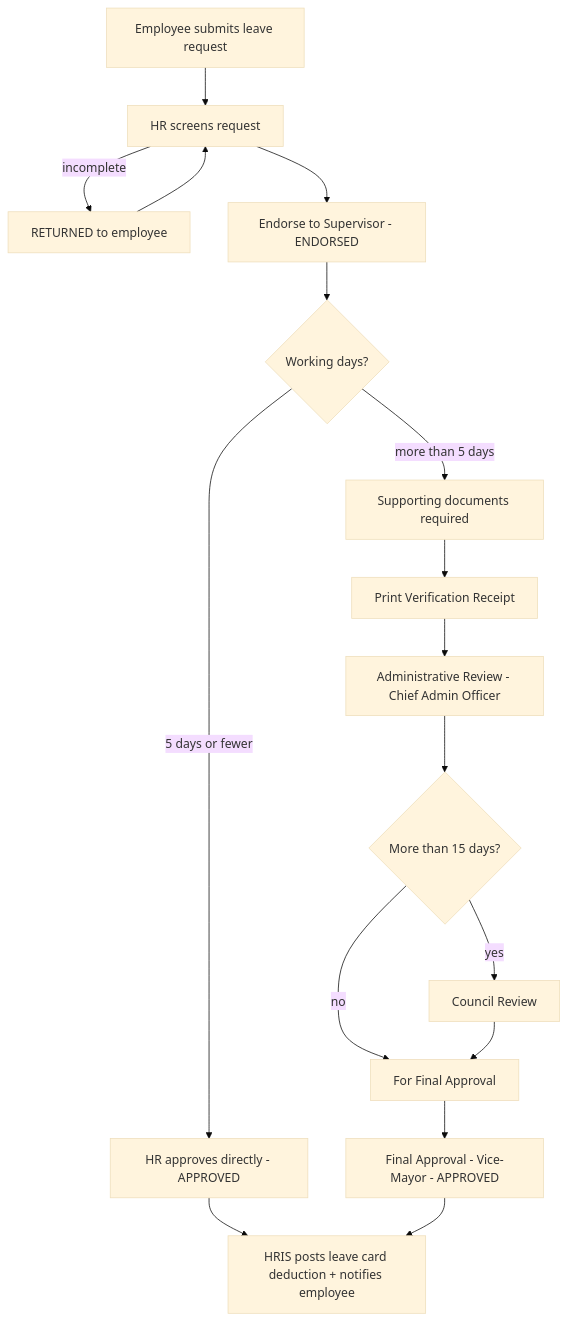
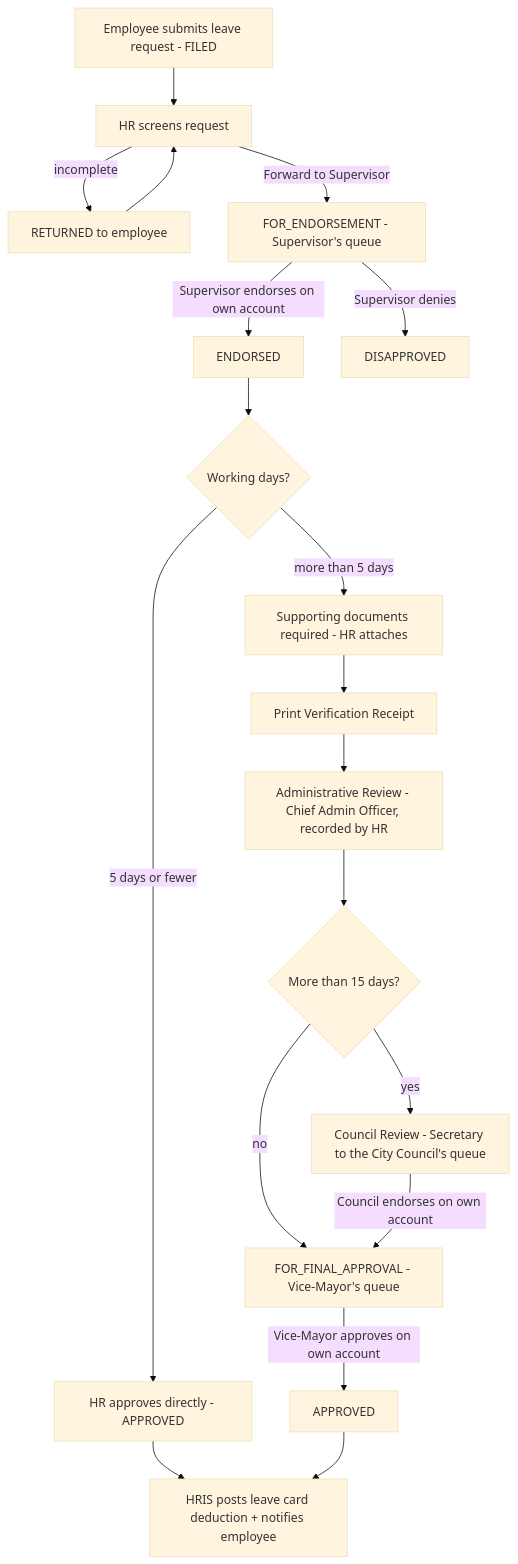
Before and after one commit to olseatech/HRIS_WEB01: the diagram in docs/leave/LEAVE_PROCESS_FLOW.md, drawn with Mermaid (base theme). The commit also changed other lines of this file and 21 other files, not shown here.

````diff
--- a/docs/leave/LEAVE_PROCESS_FLOW.md
+++ b/docs/leave/LEAVE_PROCESS_FLOW.md
@@ -18,19 +27,21 @@
 ```mermaid
 flowchart TD
-    A[Employee submits leave request] --> B[HR screens request]
+    A[Employee submits leave request - FILED] --> B[HR screens request]
     B -->|incomplete| R[RETURNED to employee]
     R --> B
-    B --> C[Endorse to Supervisor - ENDORSED]
-    C --> D{Working days?}
+    B -->|Forward to Supervisor| C[FOR_ENDORSEMENT - Supervisor's queue]
+    C -->|Supervisor endorses on own account| C2[ENDORSED]
+    C -->|Supervisor denies| X[DISAPPROVED]
+    C2 --> D{Working days?}
     D -->|5 days or fewer| E[HR approves directly - APPROVED]
-    D -->|more than 5 days| F[Supporting documents required]
+    D -->|more than 5 days| F[Supporting documents required - HR attaches]
     F --> G[Print Verification Receipt]
-    G --> H[Administrative Review - Chief Admin Officer]
+    G --> H[Administrative Review - Chief Admin Officer, recorded by HR]
     H --> I{More than 15 days?}
-    I -->|yes| J[Council Review]
-    I -->|no| K[For Final Approval]
-    J --> K
-    K --> L[Final Approval - Vice-Mayor - APPROVED]
+    I -->|yes| J[Council Review - Secretary to the City Council's queue]
+    I -->|no| K[FOR_FINAL_APPROVAL - Vice-Mayor's queue]
+    J -->|Council endorses on own account| K
+    K -->|Vice-Mayor approves on own account| L[APPROVED]
     E --> M[HRIS posts leave card deduction + notifies employee]
     L --> M
 ```
````
